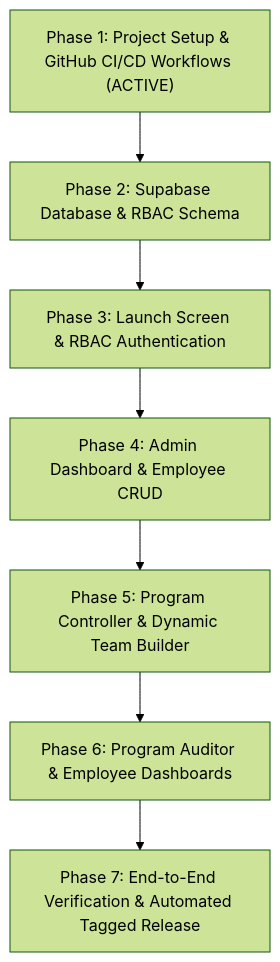
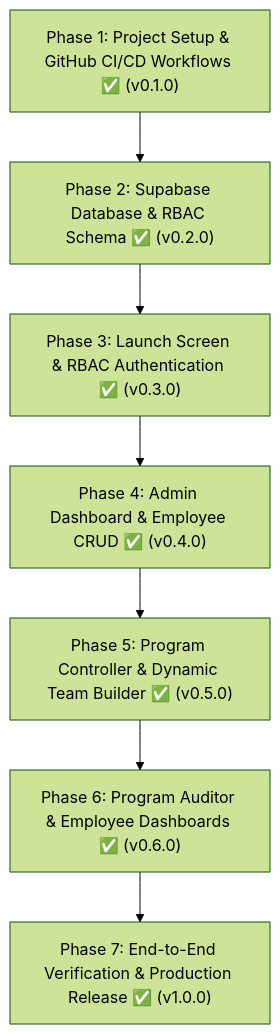
One commit to muhammadsherazsandila/marush-app changed the diagram in IMPLEMENTATION_PLAN.md. Above: the diagram before and after it, drawn with Mermaid (forest theme). The commit also changed other lines of this file and 1 other file, not shown here.

Commit message:
feat: Phase 7 - Complete documentation, end-to-end verification, and master production release

````diff
--- a/IMPLEMENTATION_PLAN.md
+++ b/IMPLEMENTATION_PLAN.md
@@ -24,9 +24,9 @@
 ```mermaid
 flowchart TD
-    P1["Phase 1: Project Setup & GitHub CI/CD Workflows (ACTIVE)"] --> P2["Phase 2: Supabase Database & RBAC Schema"]
-    P2 --> P3["Phase 3: Launch Screen & RBAC Authentication"]
-    P3 --> P4["Phase 4: Admin Dashboard & Employee CRUD"]
-    P4 --> P5["Phase 5: Program Controller & Dynamic Team Builder"]
-    P5 --> P6["Phase 6: Program Auditor & Employee Dashboards"]
-    P6 --> P7["Phase 7: End-to-End Verification & Automated Tagged Release"]
+    P1["Phase 1: Project Setup & GitHub CI/CD Workflows ✅ (v0.1.0)"] --> P2["Phase 2: Supabase Database & RBAC Schema ✅ (v0.2.0)"]
+    P2 --> P3["Phase 3: Launch Screen & RBAC Authentication ✅ (v0.3.0)"]
+    P3 --> P4["Phase 4: Admin Dashboard & Employee CRUD ✅ (v0.4.0)"]
+    P4 --> P5["Phase 5: Program Controller & Dynamic Team Builder ✅ (v0.5.0)"]
+    P5 --> P6["Phase 6: Program Auditor & Employee Dashboards ✅ (v0.6.0)"]
+    P6 --> P7["Phase 7: End-to-End Verification & Production Release ✅ (v1.0.0)"]
 ```
````
